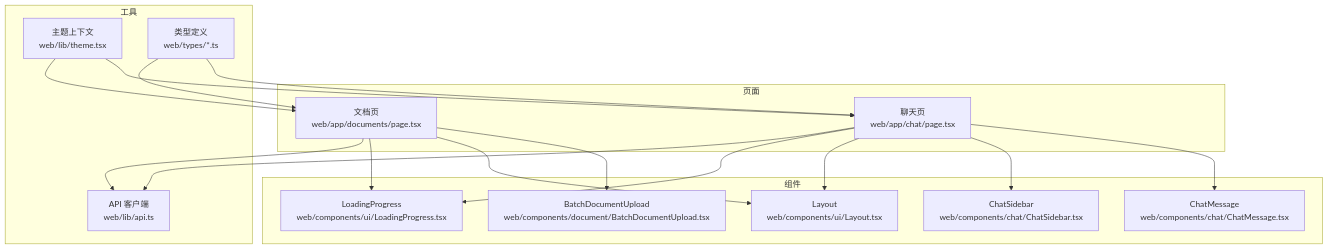
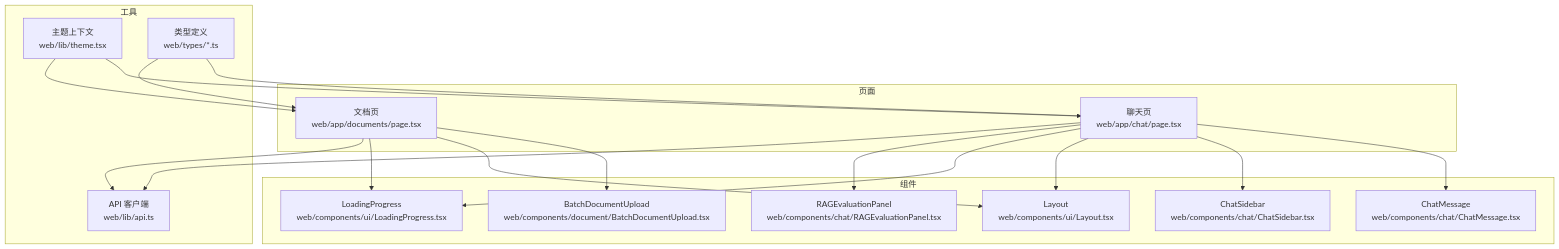
One commit to iammm0/advanced-rag changed the second of 4 diagrams in .qoder/repowiki/zh/content/前端应用/前端应用.md. Above: the diagram before and after it, drawn with Mermaid. The commit also changed other lines of this file and 5 other files, not shown here.

````diff
--- a/.qoder/repowiki/zh/content/前端应用/前端应用.md
+++ b/.qoder/repowiki/zh/content/前端应用/前端应用.md
@@ -124,32 +140,34 @@
 ```mermaid
 graph TB
 subgraph "页面"
 P1["聊天页<br/>web/app/chat/page.tsx"]
 P2["文档页<br/>web/app/documents/page.tsx"]
 end
 subgraph "组件"
 C1["ChatMessage<br/>web/components/chat/ChatMessage.tsx"]
 C2["ChatSidebar<br/>web/components/chat/ChatSidebar.tsx"]
 C3["BatchDocumentUpload<br/>web/components/document/BatchDocumentUpload.tsx"]
 C4["Layout<br/>web/components/ui/Layout.tsx"]
 C5["LoadingProgress<br/>web/components/ui/LoadingProgress.tsx"]
+C6["RAGEvaluationPanel<br/>web/components/chat/RAGEvaluationPanel.tsx"]
 end
 subgraph "工具"
 T1["API 客户端<br/>web/lib/api.ts"]
 T2["主题上下文<br/>web/lib/theme.tsx"]
 T3["类型定义<br/>web/types/*.ts"]
 end
 P1 --> C1
 P1 --> C2
 P1 --> C4
 P1 --> C5
+P1 --> C6
 P1 --> T1
 P2 --> C3
 P2 --> C4
 P2 --> C5
 P2 --> T1
 T2 --> P1
 T2 --> P2
 T3 --> P1
 T3 --> P2
 ```
````
